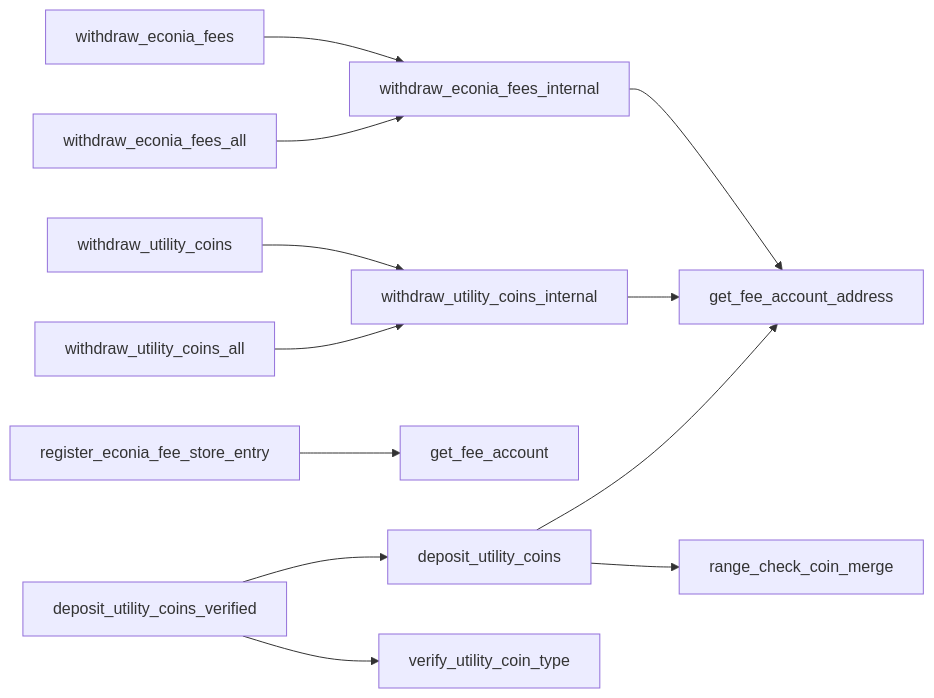
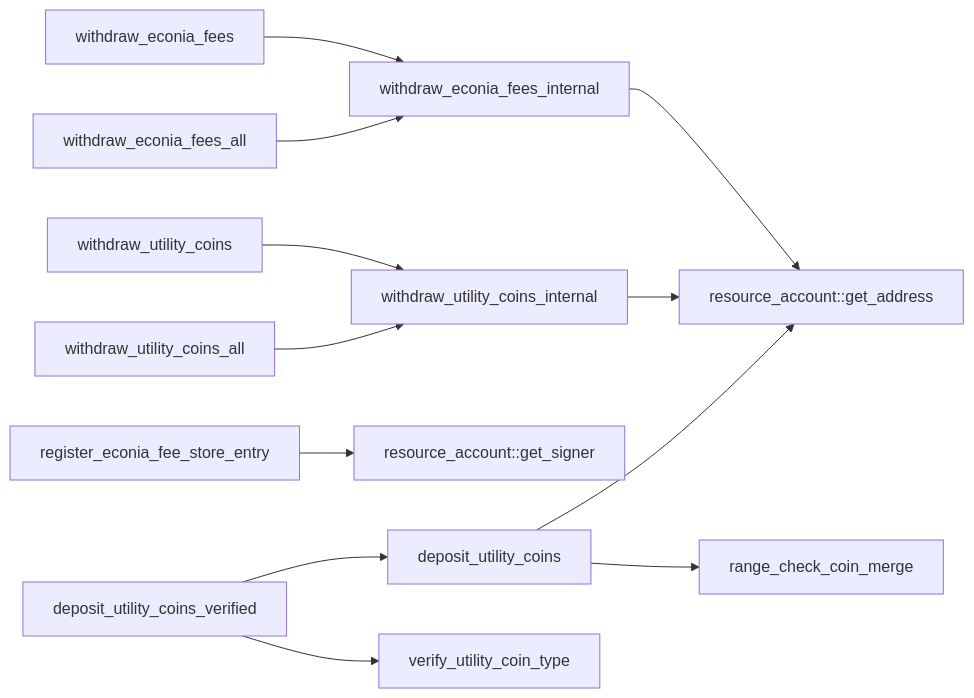
Before and after one commit to econia-labs/econia: the fourth of 7 diagrams in doc/diagrams/src/modules/incentives.md, drawn with Mermaid. The commit also changed other lines of this file and 4 other files, not shown here.

Commit message:
Move resource account to its own module

````diff
--- a/doc/diagrams/src/modules/incentives.md
+++ b/doc/diagrams/src/modules/incentives.md
@@ -65,17 +63,17 @@
 ```mermaid
 
 flowchart LR
 
 withdraw_econia_fees --> withdraw_econia_fees_internal
 withdraw_econia_fees_all --> withdraw_econia_fees_internal
-withdraw_econia_fees_internal --> get_fee_account_address
+withdraw_econia_fees_internal --> resource_account::get_address
 withdraw_utility_coins --> withdraw_utility_coins_internal
 withdraw_utility_coins_all --> withdraw_utility_coins_internal
-withdraw_utility_coins_internal --> get_fee_account_address
-register_econia_fee_store_entry --> get_fee_account
-deposit_utility_coins --> get_fee_account_address
+withdraw_utility_coins_internal --> resource_account::get_address
+register_econia_fee_store_entry --> resource_account::get_signer
+deposit_utility_coins --> resource_account::get_address
 deposit_utility_coins --> range_check_coin_merge
 deposit_utility_coins_verified --> verify_utility_coin_type
 deposit_utility_coins_verified --> deposit_utility_coins
 
 ```
````
